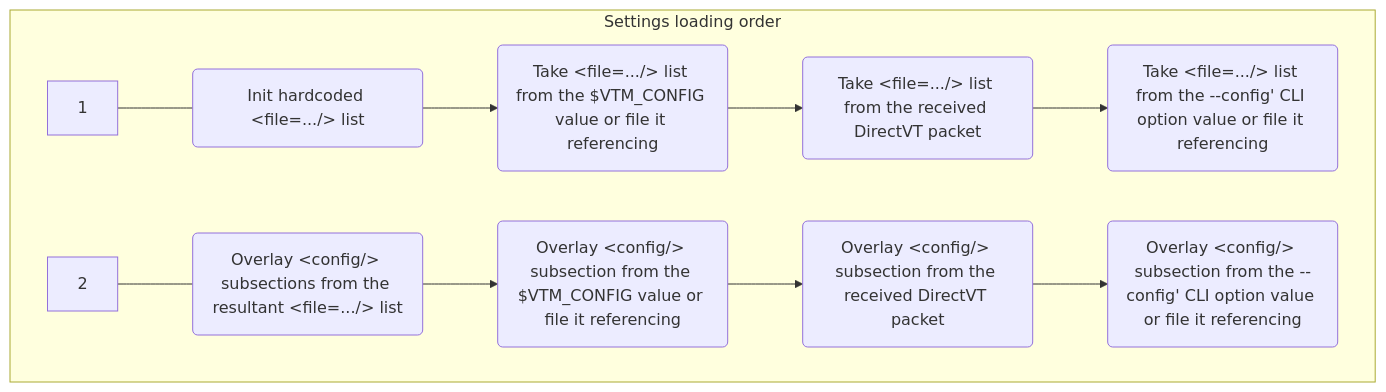
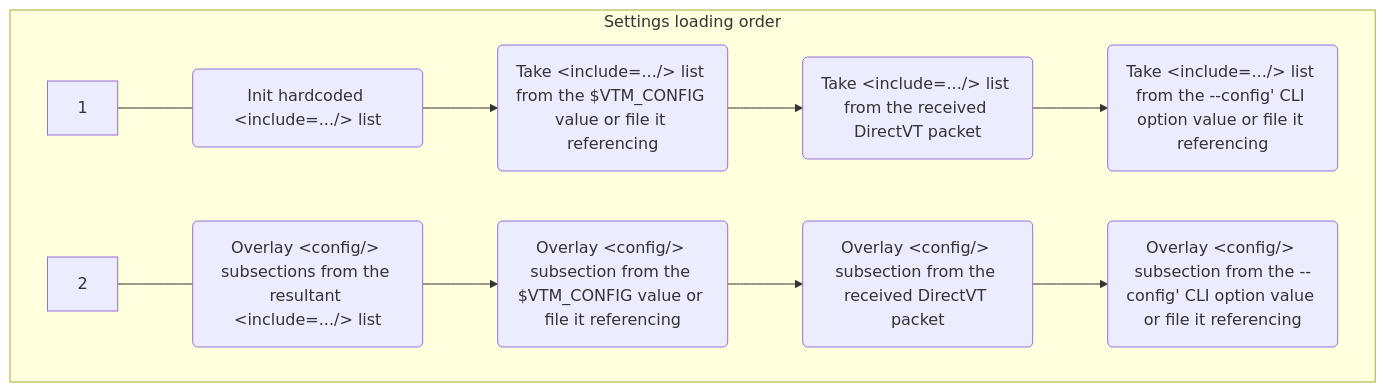
One commit to directvt/vtm changed the diagram in doc/settings.md. Above: the diagram before and after it, drawn with Mermaid. The commit also changed other lines of this file and 3 other files, not shown here.

Commit message:
Rename list of paths to settings files: from <file="..."/> to <include="..."/>

````diff
--- a/doc/settings.md
+++ b/doc/settings.md
@@ -3,15 +3,15 @@
 ```mermaid
 graph TB
     subgraph Settings loading order
     direction LR
-        A1["1"] --- B1("Init hardcoded &lt;file=.../&gt; list")
-        B1 --> C1("Take &lt;file=.../&gt; list from the $VTM_CONFIG value or file it referencing")
-        C1 --> G1("Take &lt;file=.../&gt; list from the received DirectVT packet")
-        G1 --> H1("Take &lt;file=.../&gt; list from the --config' CLI option value or file it referencing")
+        A1["1"] --- B1("Init hardcoded &lt;include=.../&gt; list")
+        B1 --> C1("Take &lt;include=.../&gt; list from the $VTM_CONFIG value or file it referencing")
+        C1 --> G1("Take &lt;include=.../&gt; list from the received DirectVT packet")
+        G1 --> H1("Take &lt;include=.../&gt; list from the --config' CLI option value or file it referencing")
     direction LR
-        A2["2"] --- B2("Overlay &lt;config/&gt; subsections from the resultant &lt;file=.../&gt; list")
+        A2["2"] --- B2("Overlay &lt;config/&gt; subsections from the resultant &lt;include=.../&gt; list")
         B2 --> C2("Overlay &lt;config/&gt; subsection from the $VTM_CONFIG value or file it referencing")
         C2 --> G2("Overlay &lt;config/&gt; subsection from the received DirectVT packet")
         G2 --> H2("Overlay &lt;config/&gt; subsection from the --config' CLI option value or file it referencing")
     end
 ```
````
